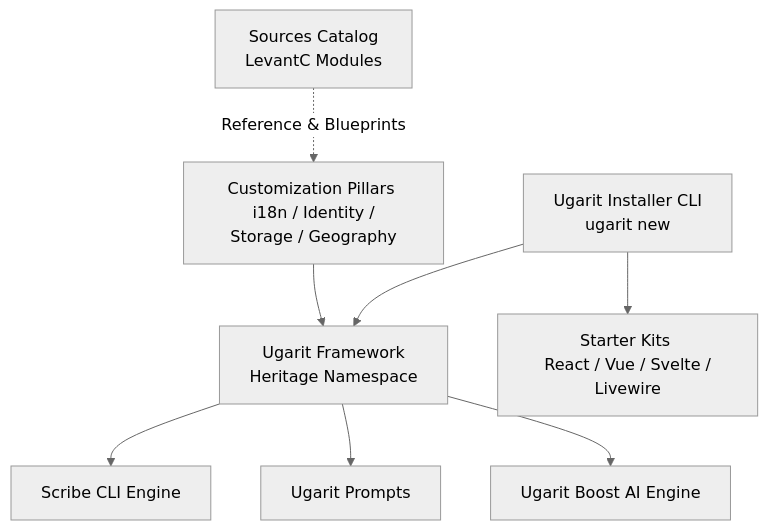
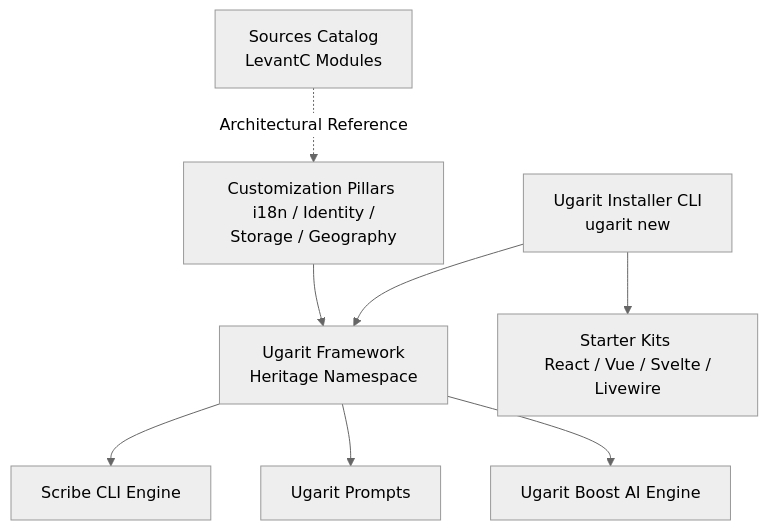
Before and after one commit to ugaritco/knowledgebase: the diagram in architecture/02_ECOSYSTEM_MAP.md, drawn with Mermaid (neutral theme). The commit also changed other lines of this file and 7 other files, not shown here.

````diff
--- a/architecture/02_ECOSYSTEM_MAP.md
+++ b/architecture/02_ECOSYSTEM_MAP.md
@@ -5,12 +5,12 @@
 ```mermaid
 graph TD
     Kernel[Ugarit Framework <br/> Heritage Namespace] --> CLI[Scribe CLI Engine]
     Kernel --> Prompts[Ugarit Prompts]
     Kernel --> Boost[Ugarit Boost AI Engine]
     
     Installer[Ugarit Installer CLI <br/> ugarit new] --> Kernel
     Installer --> StarterKits[Starter Kits <br/> React / Vue / Svelte / Livewire]
     
     CustomModules[Customization Pillars <br/> i18n / Identity / Storage / Geography] --> Kernel
-    ReferenceSources[Sources Catalog <br/> LevantC Modules] -. Reference & Blueprints .-> CustomModules
+    ReferenceSources[Sources Catalog <br/> LevantC Modules] -. Architectural Reference .-> CustomModules
 ```
````
